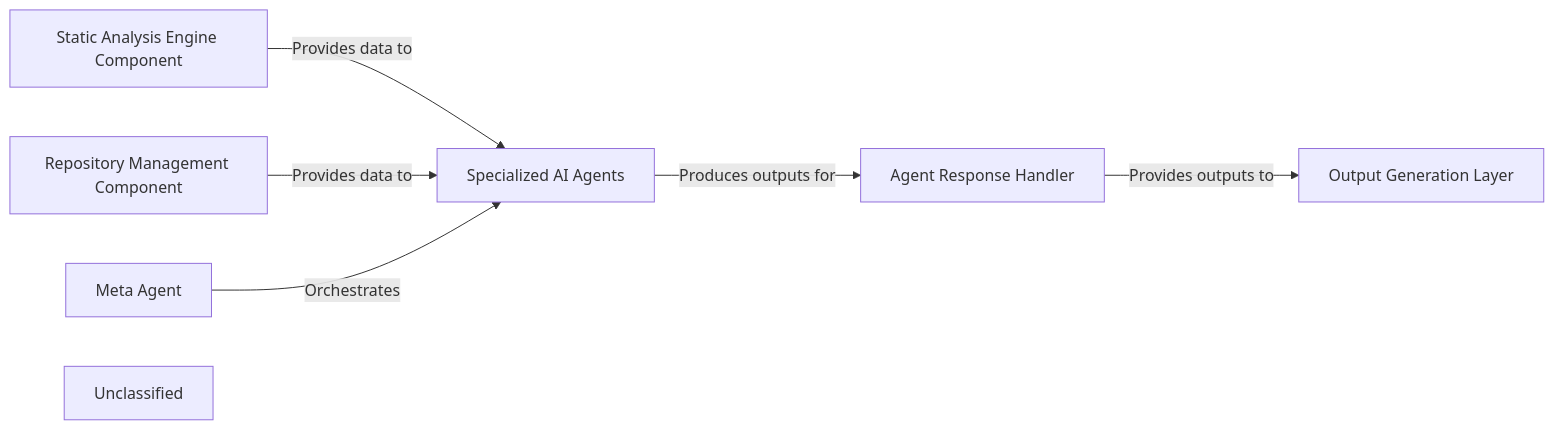
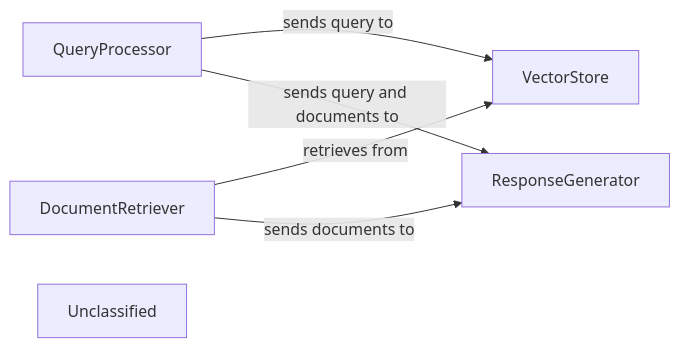
Before and after one commit to mariyam866/CodeBoarding: the diagram in .codeboarding/AI_Interpretation_Layer.md, drawn with Mermaid. The commit also changed other lines of this file and 17 other files, not shown here.

First line of the commit message:
docs: update codeboarding documentation and generate architecture

````diff
--- a/.codeboarding/AI_Interpretation_Layer.md
+++ b/.codeboarding/AI_Interpretation_Layer.md
@@ -1,15 +1,12 @@
 ```mermaid
 graph LR
-    Static_Analysis_Engine_Component["Static Analysis Engine Component"]
-    Repository_Management_Component["Repository Management Component"]
-    Meta_Agent["Meta Agent"]
-    Specialized_AI_Agents["Specialized AI Agents"]
-    Agent_Response_Handler["Agent Response Handler"]
-    Output_Generation_Layer["Output Generation Layer"]
+    QueryProcessor["QueryProcessor"]
+    VectorStore["VectorStore"]
+    DocumentRetriever["DocumentRetriever"]
+    ResponseGenerator["ResponseGenerator"]
     Unclassified["Unclassified"]
-    Static_Analysis_Engine_Component -- "Provides data to" --> Specialized_AI_Agents
-    Repository_Management_Component -- "Provides data to" --> Specialized_AI_Agents
-    Meta_Agent -- "Orchestrates" --> Specialized_AI_Agents
-    Specialized_AI_Agents -- "Produces outputs for" --> Agent_Response_Handler
-    Agent_Response_Handler -- "Provides outputs to" --> Output_Generation_Layer
+    QueryProcessor -- "sends query to" --> VectorStore
+    DocumentRetriever -- "retrieves from" --> VectorStore
+    DocumentRetriever -- "sends documents to" --> ResponseGenerator
+    QueryProcessor -- "sends query and documents to" --> ResponseGenerator
 ```
````
